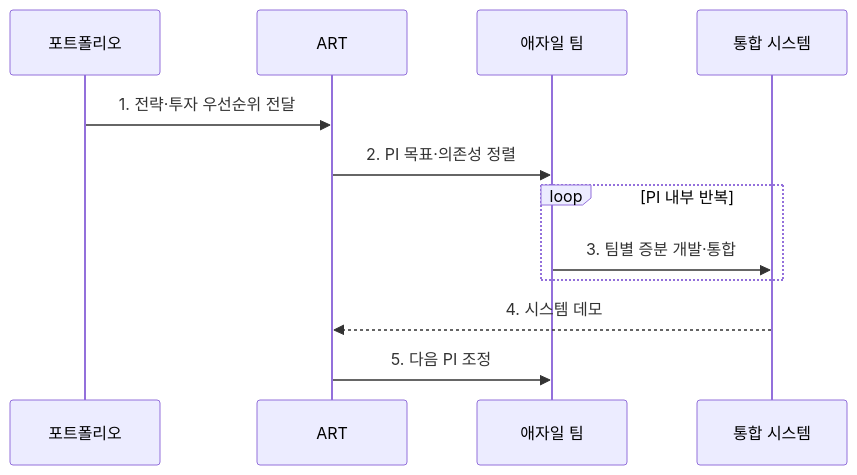
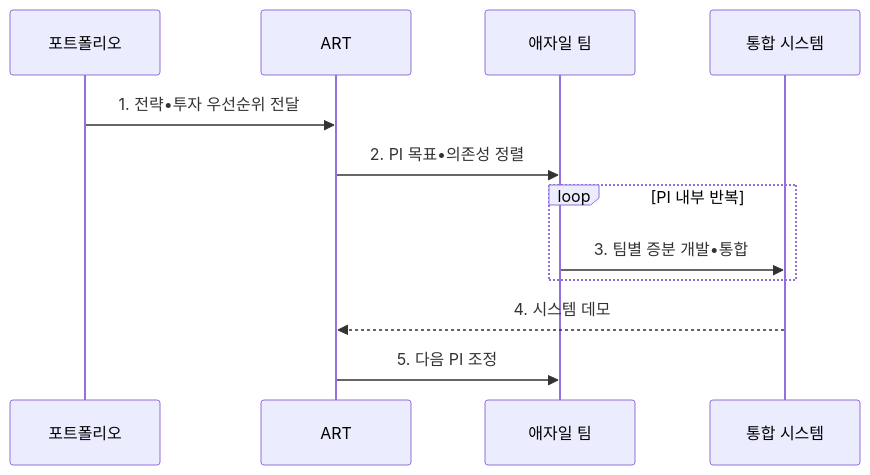
The second of 2 diagrams in src/content/docs/notes/03-software/033_scaled_agile_framework.md (agnusdei1207/knowledge-base), drawn with Mermaid before and after one commit. The commit also changed other lines of this file and 953 other files, not shown here.

````diff
--- a/src/content/docs/notes/03-software/033_scaled_agile_framework.md
+++ b/src/content/docs/notes/03-software/033_scaled_agile_framework.md
@@ -102,14 +102,14 @@
 ```mermaid
 sequenceDiagram
     participant P as 포트폴리오
     participant A as ART
     participant T as 애자일 팀
     participant I as 통합 시스템
-    P->>A: 1. 전략·투자 우선순위 전달
-    A->>T: 2. PI 목표·의존성 정렬
+    P->>A: 1. 전략•투자 우선순위 전달
+    A->>T: 2. PI 목표•의존성 정렬
     loop PI 내부 반복
-        T->>I: 3. 팀별 증분 개발·통합
+        T->>I: 3. 팀별 증분 개발•통합
     end
     I-->>A: 4. 시스템 데모
     A->>T: 5. 다음 PI 조정
 ```
````
